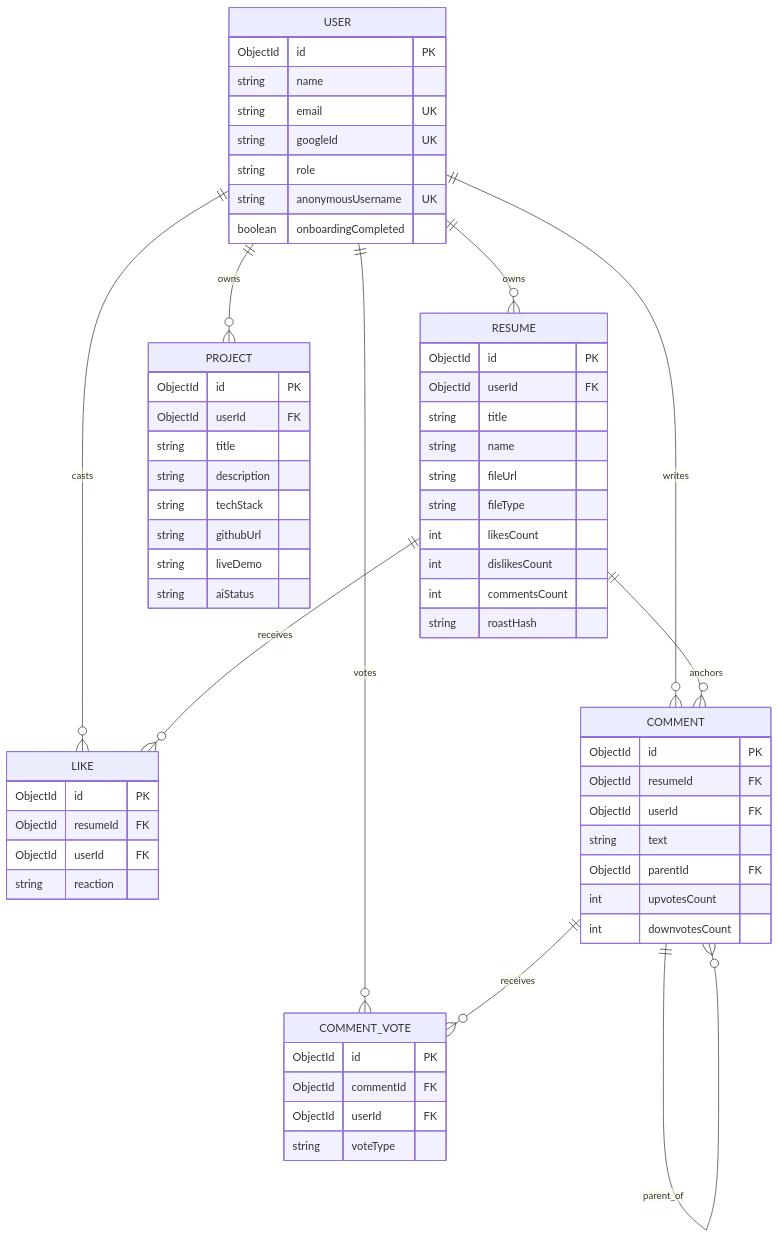
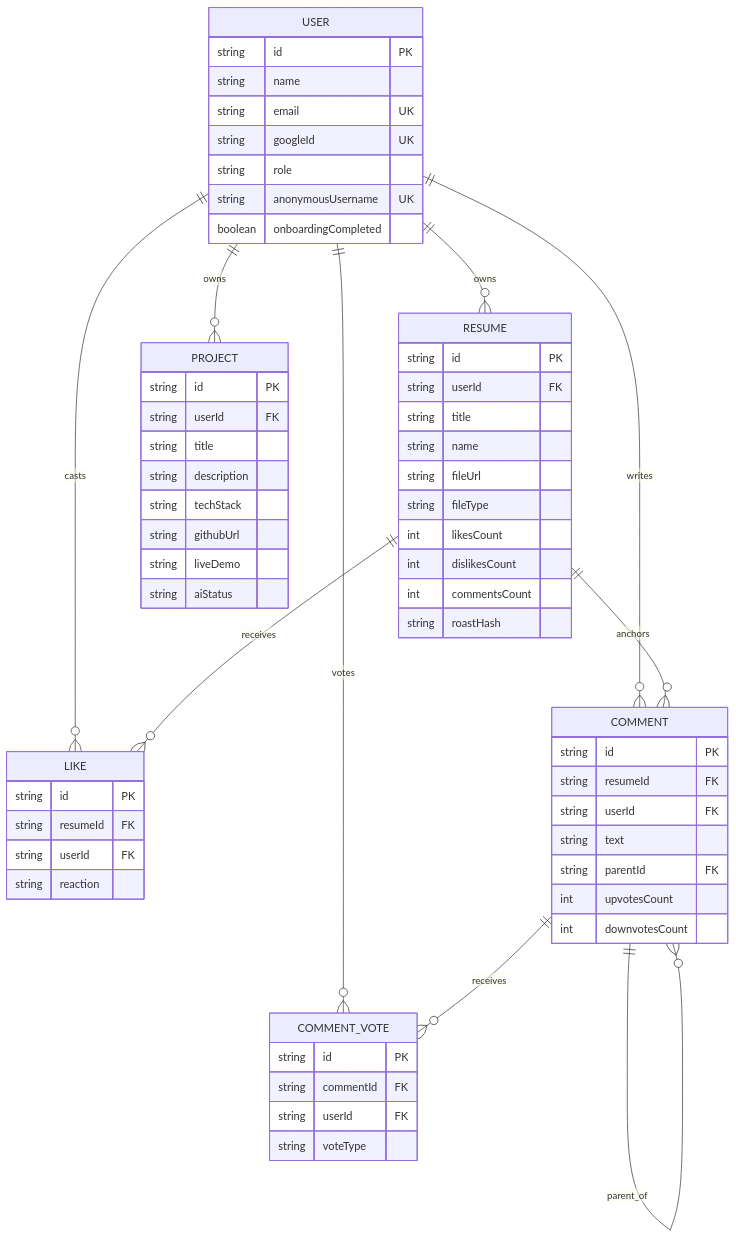
The first of 3 diagrams in README.md (Arindam-Roy2004/RoastForge), drawn with Mermaid before and after one commit. The commit also changed other lines of this file, not shown here.

Commit message:
fix(docs): simplify Mermaid syntax for GitHub rendering compatibility

````diff
--- a/README.md
+++ b/README.md
@@ -24,70 +24,70 @@
 ```mermaid
 erDiagram
     USER ||--o{ RESUME : owns
     USER ||--o{ LIKE : casts
     USER ||--o{ COMMENT : writes
     USER ||--o{ COMMENT_VOTE : votes
     USER ||--o{ PROJECT : owns
     RESUME ||--o{ LIKE : receives
     RESUME ||--o{ COMMENT : anchors
     COMMENT ||--o{ COMMENT : parent_of
     COMMENT ||--o{ COMMENT_VOTE : receives
 
     USER {
-        ObjectId id PK
+        string id PK
         string name
         string email UK
         string googleId UK
         string role
         string anonymousUsername UK
         boolean onboardingCompleted
     }
 
     RESUME {
-        ObjectId id PK
-        ObjectId userId FK
+        string id PK
+        string userId FK
         string title
         string name
         string fileUrl
         string fileType
         int likesCount
         int dislikesCount
         int commentsCount
         string roastHash
     }
 
     LIKE {
-        ObjectId id PK
-        ObjectId resumeId FK
-        ObjectId userId FK
+        string id PK
+        string resumeId FK
+        string userId FK
         string reaction
     }
 
     COMMENT {
-        ObjectId id PK
-        ObjectId resumeId FK
-        ObjectId userId FK
+        string id PK
+        string resumeId FK
+        string userId FK
         string text
-        ObjectId parentId FK
+        string parentId FK
         int upvotesCount
         int downvotesCount
     }
 
     COMMENT_VOTE {
-        ObjectId id PK
-        ObjectId commentId FK
-        ObjectId userId FK
+        string id PK
+        string commentId FK
+        string userId FK
         string voteType
     }
 
     PROJECT {
-        ObjectId id PK
-        ObjectId userId FK
+        string id PK
+        string userId FK
         string title
         string description
         string techStack
         string githubUrl
         string liveDemo
         string aiStatus
     }
 ```
````
